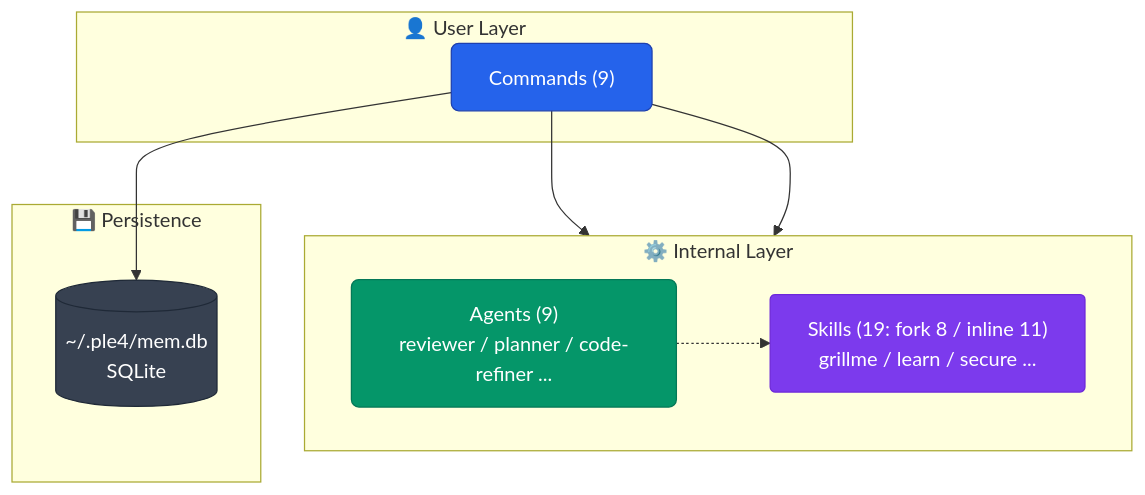
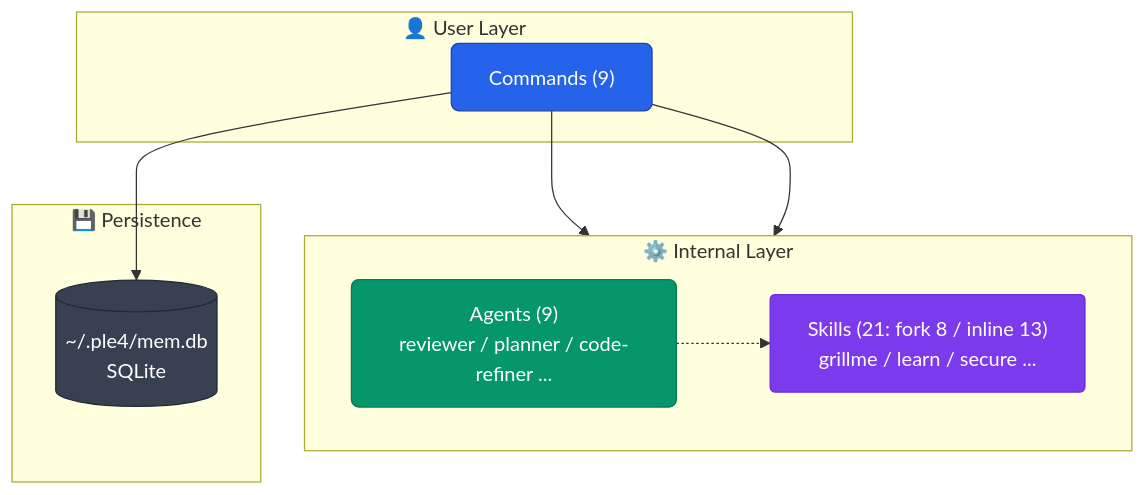
Diagram 12 of 12 in README.md (aokumablue/claq), drawn with Mermaid before and after one commit. The commit also changed 2 other files, not shown here.

Commit message:
feat(skills): 人間が実行を担う往復モードに quick-refactor / quick-debug を追加
quick 系は「工程ごとに 1 つ」ではなく「人間が物理的に持っているものごとに 1 つ」
で閉じる。持ち物は実行・観測・仕様判断・外部接触の 4 種で、実行は
quick-code / quick-test、観測の静的側は quick-review が占めていた。
残っていたのは実行を伴う構造変更と、観測を持ち込む切り分けの 2 つ。

quick-refactor — 残余は「振る舞い等価性」。quick-code の前提スロットでは
「仕様を推測で埋めた」しか表現できず、「変えていないと主張しているが測って
いない」を書けない。等価性は根拠の型（移動/改名/抽出/インライン化/統合/削除）
で名指させ、型ごとに固有の壊れ方を探させる。守るテストが無ければ構造に触れず
特性化テストを先に出す（quick-test の GREEN 宣言へ接続する）。

quick-debug — quick-code のルール 2 を反転する。原因未確定で修正を当てると、
当たれば理由が残らず外れれば症状が重なる。適用するのは修正ではなく観測
（ログ・assert・区間タイマ）で、仮説は 3 件まで残し、1 回の実行で最も多く
落ちる観測を 1 つだけ入れる。仮説が 1 件に落ちたときに限り修正へ進む。
性能は独立スキルにせず本スキルの一節に畳んだ（仮説を数値で落とす構造が
同一であり、code-refiner の perf モード / refactor の性能劣化防止 /
quick-review の未計測と語彙が四重に衝突するため）。

発火は活動名ではなく「人間が実行を持つ宣言 + 活動」で門を作る。「リファクタ
して」「デバッグして」は普通の言い方で、活動名だけで門を作ると /refactor と
/bugfix の通常依頼を奪う。

````diff
--- a/README.md
+++ b/README.md
@@ -520,26 +520,26 @@
 ```mermaid
 flowchart TB
   classDef cmd    fill:#2563eb,stroke:#1e40af,color:#fff,rx:6
   classDef agent  fill:#059669,stroke:#047857,color:#fff,rx:6
   classDef skill  fill:#7c3aed,stroke:#6d28d9,color:#fff,rx:4
   classDef store  fill:#374151,stroke:#1f2937,color:#fff,rx:4
 
   subgraph user["👤 User Layer"]
     CMD["Commands (9)"]:::cmd
   end
 
   subgraph internal["⚙️ Internal Layer"]
     direction LR
     AGT["Agents (9)<br/>reviewer / planner / code-refiner ..."]:::agent
-    SKL["Skills (19: fork 8 / inline 11)<br/>grillme / learn / secure ..."]:::skill
+    SKL["Skills (21: fork 8 / inline 13)<br/>grillme / learn / secure ..."]:::skill
   end
 
   subgraph persistence["💾 Persistence"]
     DB[("~/.ple4/mem.db<br/>SQLite")]:::store
   end
 
   CMD --> AGT
   CMD --> SKL
   AGT -.-> SKL
   CMD --> DB
 ```
````
